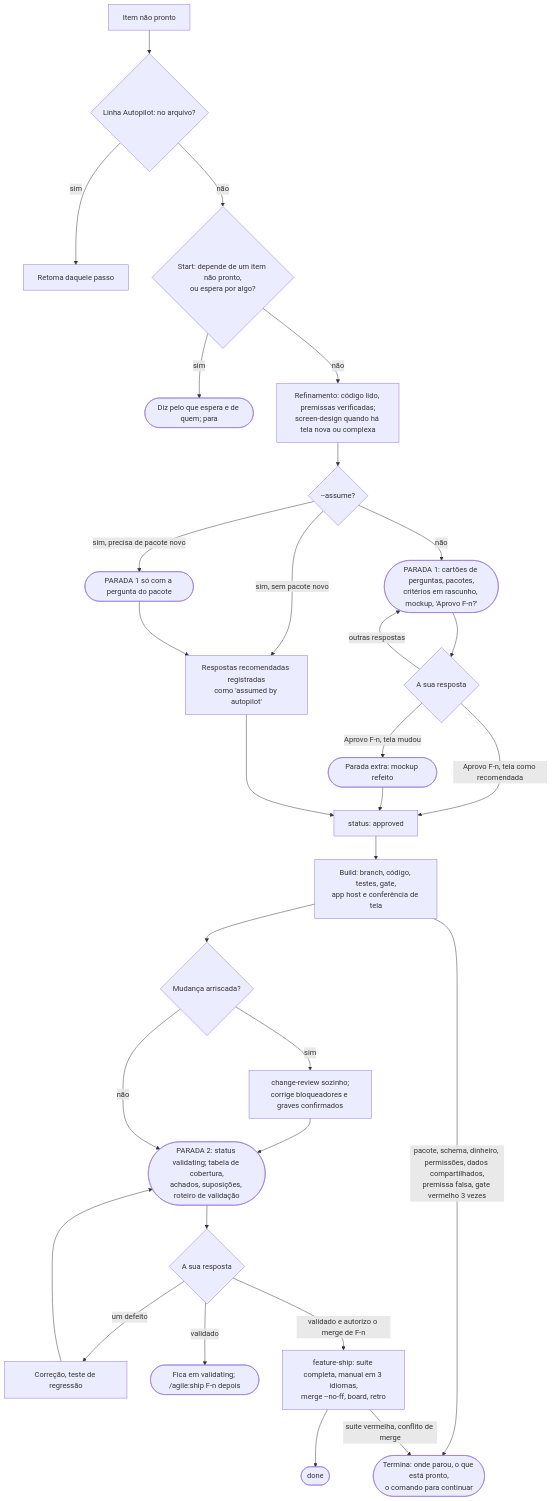
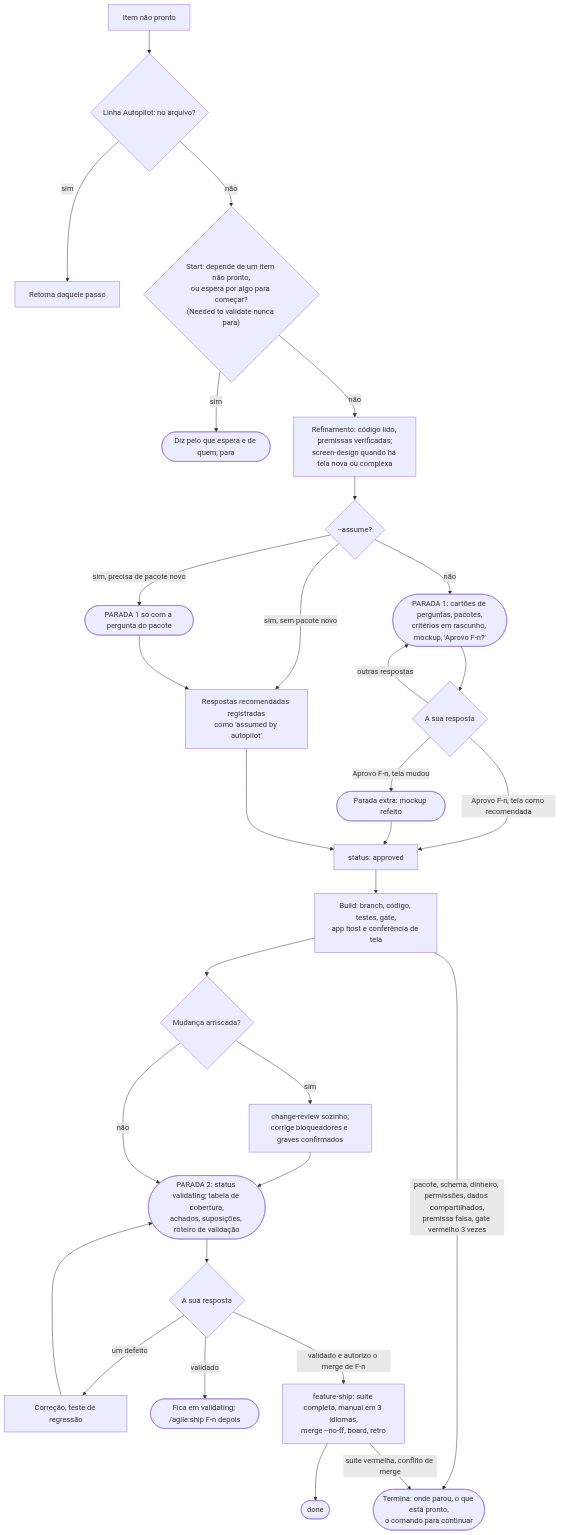
Diagram 18 of 20 in docs/agile/workflow.pt-BR.md (alexcanario/simulab), drawn with Mermaid before and after one commit. The commit also changed other lines of this file and 17 other files, not shown here.

````diff
--- a/docs/agile/workflow.pt-BR.md
+++ b/docs/agile/workflow.pt-BR.md
@@ -1673,31 +2265,31 @@
 ```mermaid
 flowchart TD
     A["Item não pronto"] --> R{"Linha Autopilot: no arquivo?"}
     R -->|sim| R1["Retoma daquele passo"]
-    R -->|não| A1{"Start: depende de um item não pronto,<br/>ou espera por algo?"}
+    R -->|não| A1{"Start: depende de um item não pronto,<br/>ou espera por algo para começar?<br/>(Needed to validate nunca para)"}
     A1 -->|sim| A2(["Diz pelo que espera e de quem; para"])
     A1 -->|não| B["Refinamento: código lido, premissas verificadas;<br/>screen-design quando há tela nova ou complexa"]
     B --> B1{"--assume?"}
     B1 -->|não| C(["PARADA 1: cartões de perguntas, pacotes,<br/>critérios em rascunho, mockup, 'Aprovo F-n?'"])
     B1 -->|"sim, precisa de pacote novo"| C2(["PARADA 1 só com a pergunta do pacote"])
     B1 -->|"sim, sem pacote novo"| D["Respostas recomendadas registradas<br/>como 'assumed by autopilot'"]
     C --> C1{"A sua resposta"}
     C1 -->|"outras respostas"| C
     C1 -->|"Aprovo F-n, tela como recomendada"| E
     C1 -->|"Aprovo F-n, tela mudou"| C3(["Parada extra: mockup refeito"])
     C3 --> E
     C2 --> D
     D --> E["status: approved"]
     E --> F["Build: branch, código, testes, gate,<br/>app host e conferência de tela"]
     F --> F0{"Mudança arriscada?"}
     F0 -->|sim| F1["change-review sozinho;<br/>corrige bloqueadores e graves confirmados"]
     F1 --> G
     F0 -->|não| G(["PARADA 2: status validating; tabela de cobertura,<br/>achados, suposições, roteiro de validação"])
     G --> H{"A sua resposta"}
     H -->|"um defeito"| H1["Correção, teste de regressão"] --> G
     H -->|"validado"| H2(["Fica em validating; /agile:ship F-n depois"])
     H -->|"validado e autorizo o merge de F-n"| I["feature-ship: suíte completa, manual em 3 idiomas,<br/>merge --no-ff, board, retro"]
     I --> J(["done"])
     F -->|"pacote, schema, dinheiro, permissões, dados compartilhados,<br/>premissa falsa, gate vermelho 3 vezes"| S(["Termina: onde parou, o que está pronto,<br/>o comando para continuar"])
     I -->|"suíte vermelha, conflito de merge"| S
 ```
````
